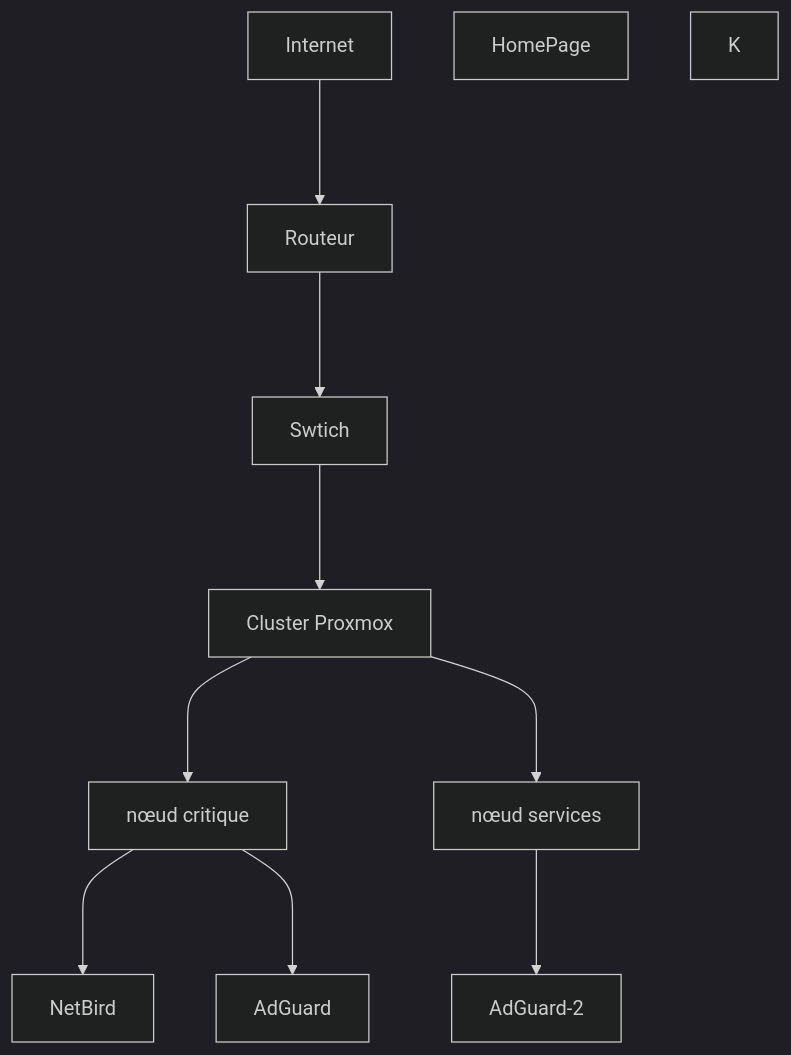
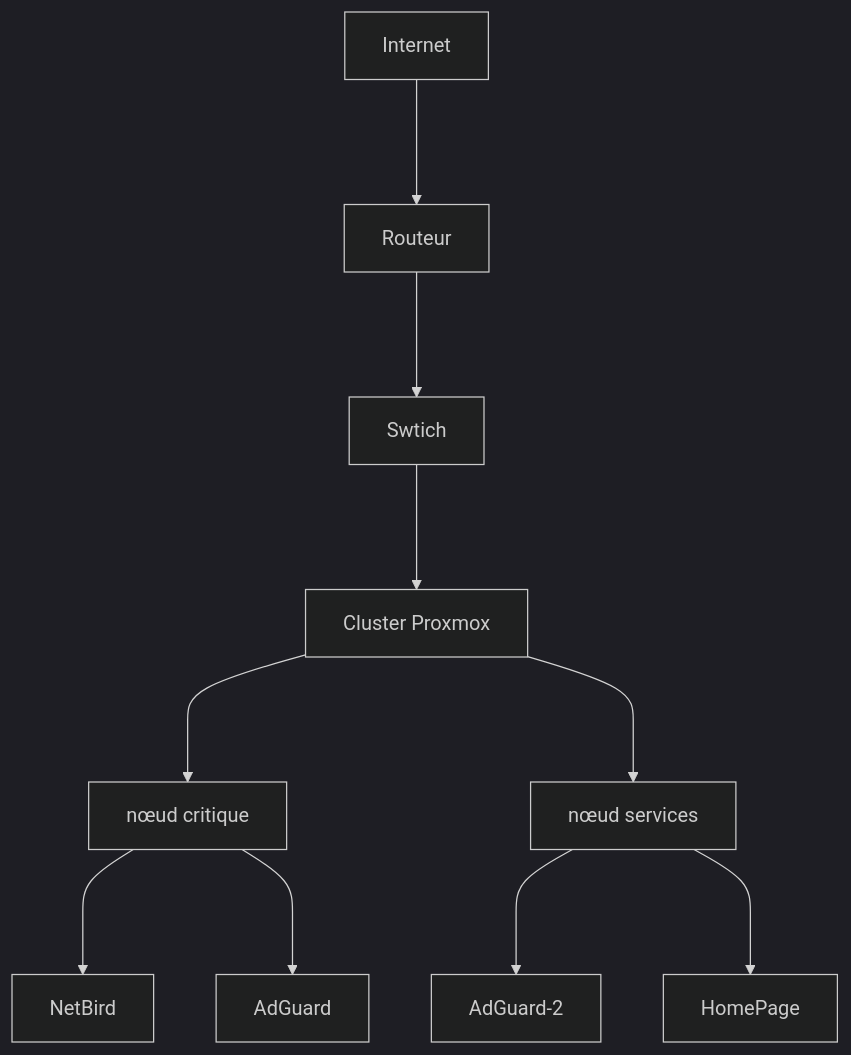
One commit to snoyy-i/snoyy-i changed the diagram in README.md. Above: the diagram before and after it, drawn with Mermaid (dark theme).

````diff
--- a/README.md
+++ b/README.md
@@ -2,22 +2,21 @@
 ```mermaid
 graph TD
      A[Internet]
      B[Routeur]
      C[Swtich]
      D[Cluster Proxmox ]
      E[nœud critique ]
      F[nœud services]
      G[NetBird]
      H[AdGuard]
      I[AdGuard-2]
      J[HomePage]
-     K
 
      A--->B ; F--->I
-     B--->C
+     B--->C ; F--->J
      C--->D
      D--->E
      D--->F
      E--->G
      E--->H
 ```
````
